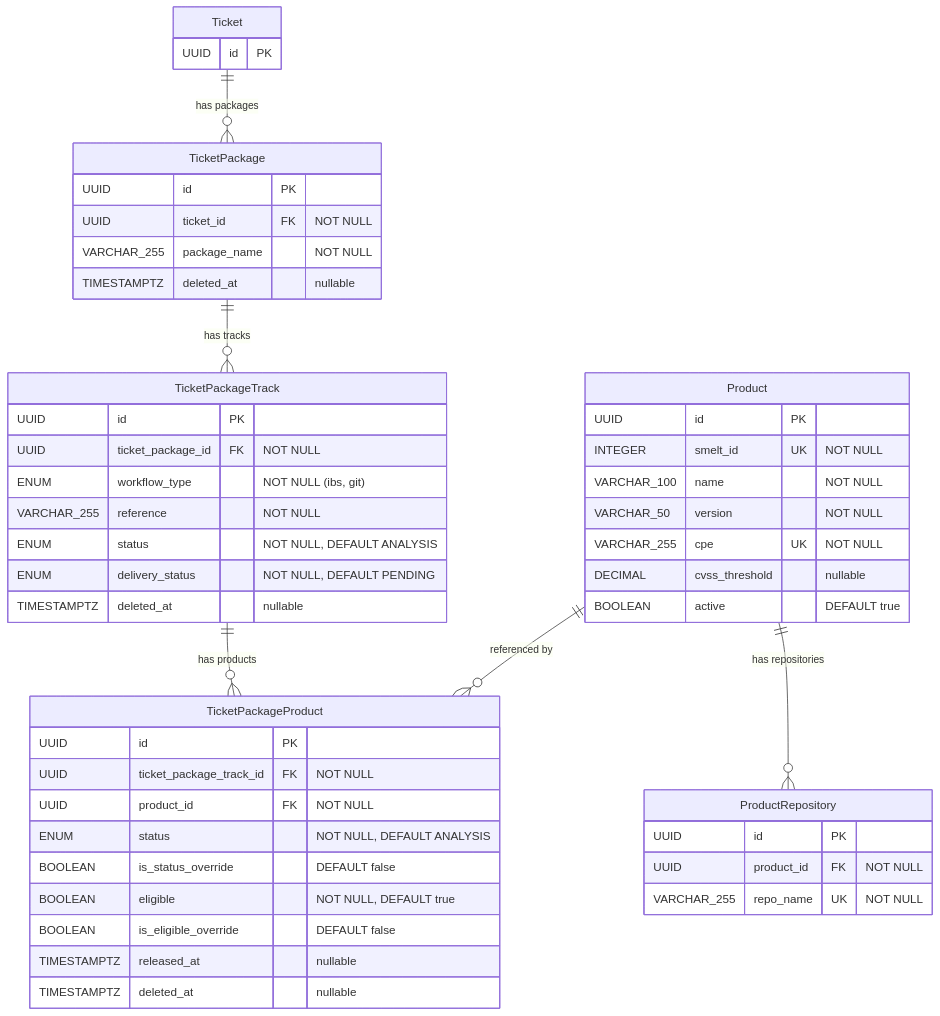
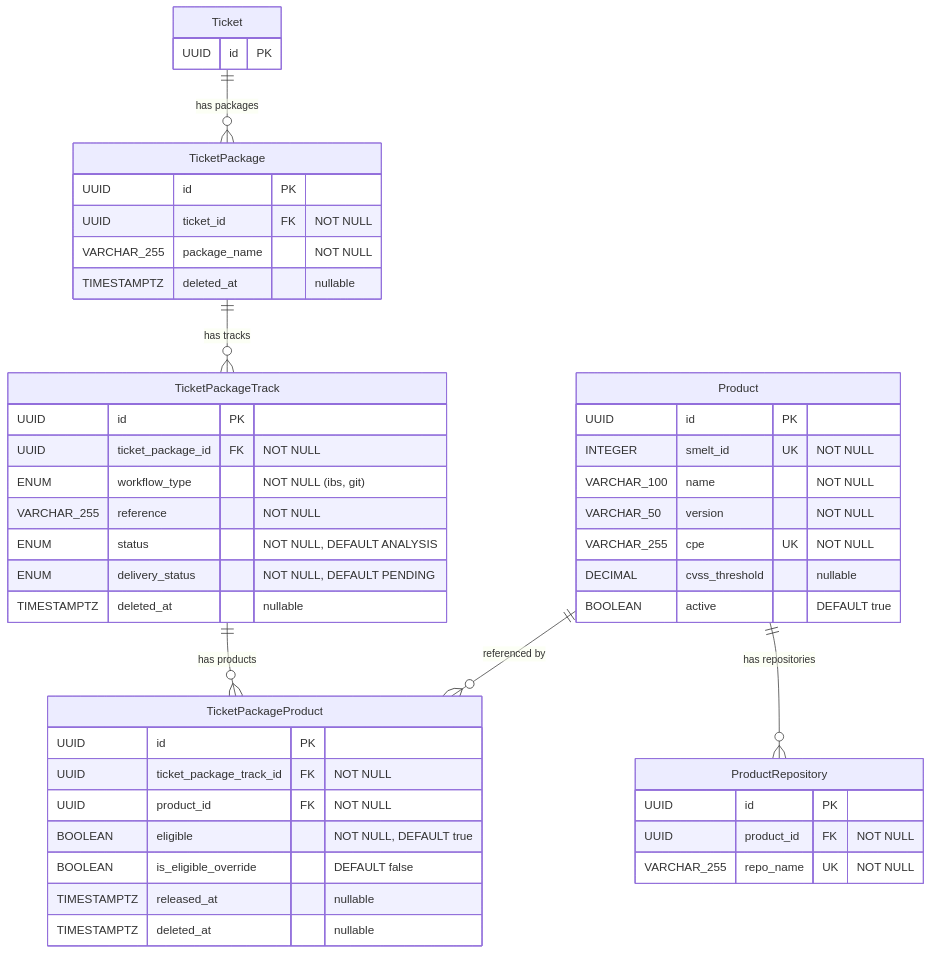
The third of 6 diagrams in docs/data-model.md (StayPirate/STAMP), drawn with Mermaid before and after one commit. The commit also changed other lines of this file and 13 other files, not shown here.

````diff
--- a/docs/data-model.md
+++ b/docs/data-model.md
@@ -146,52 +146,50 @@
 ```mermaid
 erDiagram
     Ticket {
         UUID id PK
     }
     TicketPackage {
         UUID id PK
         UUID ticket_id FK "NOT NULL"
         VARCHAR_255 package_name "NOT NULL"
         TIMESTAMPTZ deleted_at "nullable"
     }
     TicketPackageTrack {
         UUID id PK
         UUID ticket_package_id FK "NOT NULL"
         ENUM workflow_type "NOT NULL (ibs, git)"
         VARCHAR_255 reference "NOT NULL"
         ENUM status "NOT NULL, DEFAULT ANALYSIS"
         ENUM delivery_status "NOT NULL, DEFAULT PENDING"
         TIMESTAMPTZ deleted_at "nullable"
     }
     TicketPackageProduct {
         UUID id PK
         UUID ticket_package_track_id FK "NOT NULL"
         UUID product_id FK "NOT NULL"
-        ENUM status "NOT NULL, DEFAULT ANALYSIS"
-        BOOLEAN is_status_override "DEFAULT false"
         BOOLEAN eligible "NOT NULL, DEFAULT true"
         BOOLEAN is_eligible_override "DEFAULT false"
         TIMESTAMPTZ released_at "nullable"
         TIMESTAMPTZ deleted_at "nullable"
     }
     Product {
         UUID id PK
         INTEGER smelt_id UK "NOT NULL"
         VARCHAR_100 name "NOT NULL"
         VARCHAR_50 version "NOT NULL"
         VARCHAR_255 cpe UK "NOT NULL"
         DECIMAL cvss_threshold "nullable"
         BOOLEAN active "DEFAULT true"
     }
     ProductRepository {
         UUID id PK
         UUID product_id FK "NOT NULL"
         VARCHAR_255 repo_name UK "NOT NULL"
     }
 
     Ticket ||--o{ TicketPackage : "has packages"
     TicketPackage ||--o{ TicketPackageTrack : "has tracks"
     TicketPackageTrack ||--o{ TicketPackageProduct : "has products"
     Product ||--o{ TicketPackageProduct : "referenced by"
     Product ||--o{ ProductRepository : "has repositories"
 ```
````
